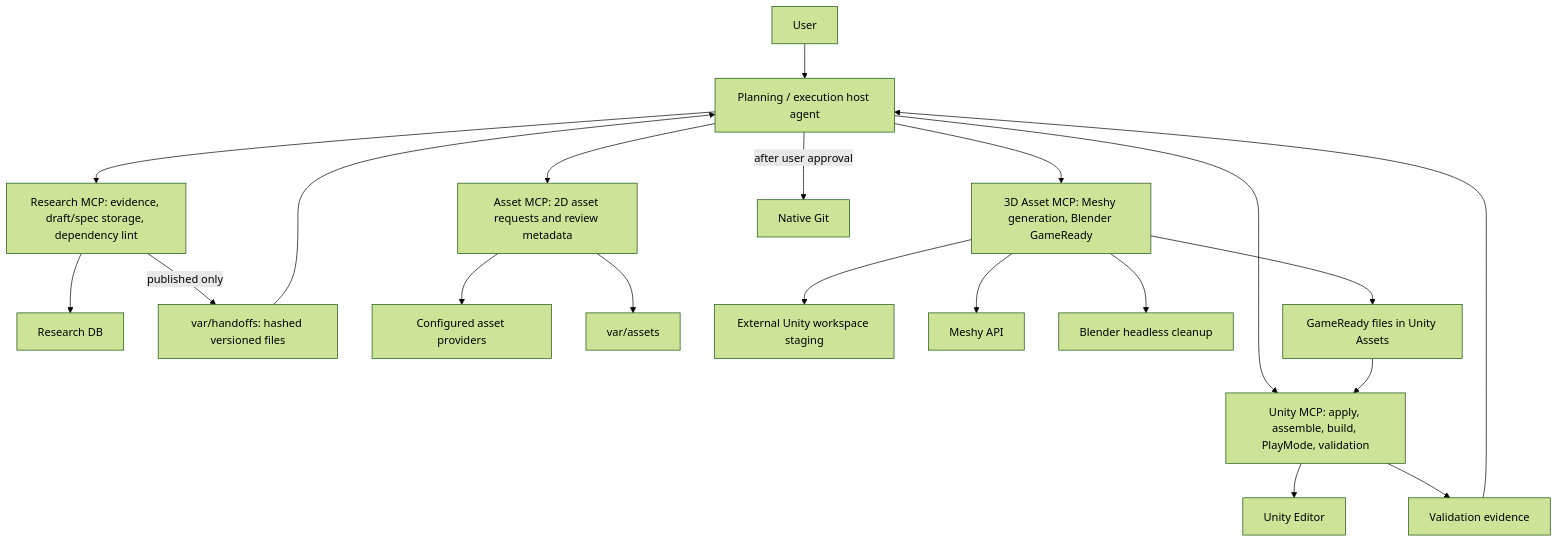
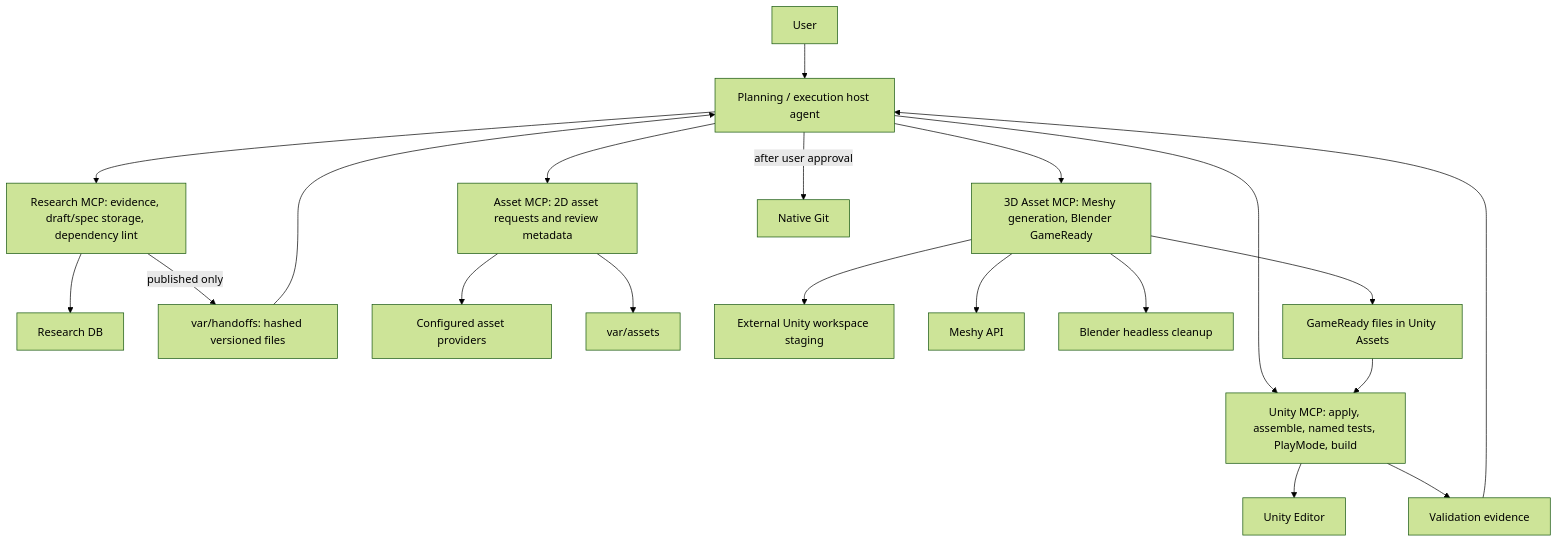
The diagram in docs/architecture.md (JugleGame/Game-Develop-Orchestration), drawn with Mermaid (forest theme) before and after one commit. The commit also changed other lines of this file and 7 other files, not shown here.

````diff
--- a/docs/architecture.md
+++ b/docs/architecture.md
@@ -8,19 +8,19 @@
 ```mermaid
 flowchart TB
     U["User"] --> H["Planning / execution host agent"]
     H --> R["Research MCP: evidence, draft/spec storage, dependency lint"]
-    H --> N["Unity MCP: apply, assemble, build, PlayMode, validation"]
+    H --> N["Unity MCP: apply, assemble, named tests, PlayMode, build"]
     H --> A["Asset MCP: 2D asset requests and review metadata"]
     H --> A3["3D Asset MCP: Meshy generation, Blender GameReady"]
     R --> DB["Research DB"]
     R -->|"published only"| HO["var/handoffs: hashed versioned files"] --> H
     N --> UE["Unity Editor"]
     A --> PX["Configured asset providers"]
     A --> V["var/assets"]
     A3 --> R3["External Unity workspace staging"]
     A3 --> M3["Meshy API"]
     A3 --> B3["Blender headless cleanup"]
     A3 --> V3["GameReady files in Unity Assets"] --> N
     N --> E["Validation evidence"] --> H
     H -->|"after user approval"| G["Native Git"]
 ```
````
